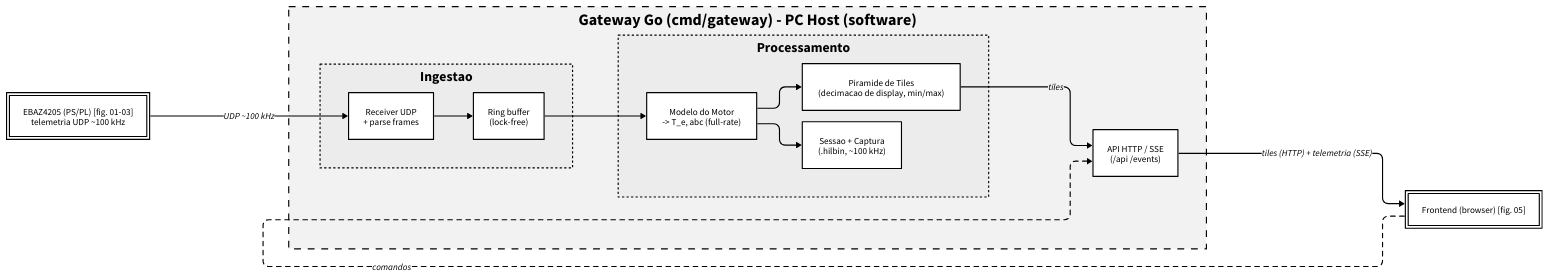
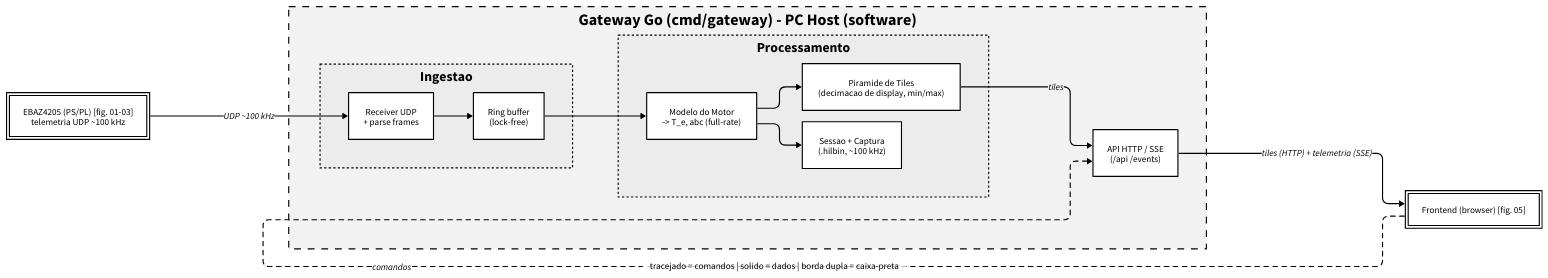
Before and after one commit to urielcontardi/Hardware-in-the-Loop: the diagram in docs/diagrams/04-backend.d2, drawn with D2. The commit also changed 2 other files, not shown here.

Commit message:
📝 docs(diagrams): add convention legend to figure 04 (uniformity)

```diff
--- a/docs/diagrams/04-backend.d2
+++ b/docs/diagrams/04-backend.d2
@@ -1,50 +1,56 @@
 # =============================================================================
 # Figura 04 - Backend / gateway Go (apps/hil-go). Dono da piramide / decimacao
 # de display. Placa e frontend = ext (caixa-preta).
 # =============================================================================
 
 vars: {d2-config: {layout-engine: elk; pad: 40}}
 direction: right
 
 classes: {
   box:   {style: {fill: white;    stroke: black; stroke-width: 2; border-radius: 0; font-color: black; bold: false}}
   fast:  {style: {fill: "#d9d9d9"; stroke: black; stroke-width: 2; border-radius: 0; font-color: black; bold: false}}
   cdc:   {style: {fill: white;    stroke: black; stroke-width: 2; stroke-dash: 4; border-radius: 0; font-color: black; bold: false}}
   ext:   {style: {fill: white;    stroke: black; stroke-width: 2; border-radius: 0; font-color: black; bold: false; double-border: true}}
   grp:   {style: {fill: "#f2f2f2"; stroke: black; stroke-width: 2; stroke-dash: 6; border-radius: 0; font-color: black; bold: true}}
   dom:   {style: {fill: "#ececec"; stroke: black; stroke-width: 2; stroke-dash: 2; border-radius: 0; font-color: black; bold: true}}
   arrow: {style: {stroke: black; stroke-width: 2; font-color: black; bold: false}}
 }
 
 board: "EBAZ4205 (PS/PL) [fig. 01-03]\ntelemetria UDP ~100 kHz" {class: ext}
 
 gw: "Gateway Go (cmd/gateway) - PC Host (software)" {
   class: grp
 
   ingest: Ingestao {
     class: dom
     recv: "Receiver UDP\n+ parse frames" {class: box}
     ring: "Ring buffer\n(lock-free)" {class: box}
     recv -> ring: {class: arrow}
   }
 
   proc: Processamento {
     class: dom
     derive: "Modelo do Motor\n-> T_e, abc (full-rate)" {class: box}
     pyramid: "Piramide de Tiles\n(decimacao de display, min/max)" {class: box}
     store: "Sessao + Captura\n(.hilbin, ~100 kHz)" {class: box}
     derive -> pyramid: {class: arrow}
     derive -> store: {class: arrow}
   }
 
   api: "API HTTP / SSE\n(/api  /events)" {class: box}
 
   ingest.ring -> proc.derive: {class: arrow}
   proc.pyramid -> api: tiles {class: arrow}
 }
 
 front: "Frontend (browser) [fig. 05]" {class: ext}
 
 board -> gw.ingest.recv: "UDP ~100 kHz" {class: arrow}
 gw.api -> front: "tiles (HTTP) + telemetria (SSE)" {class: arrow}
 front -> gw.api: comandos {class: arrow; style.stroke-dash: 4}
+
+legenda: "tracejado = comandos   |   solido = dados   |   borda dupla = caixa-preta" {
+  near: bottom-center
+  shape: text
+  style: {font-color: black; font-size: 16}
+}
```
